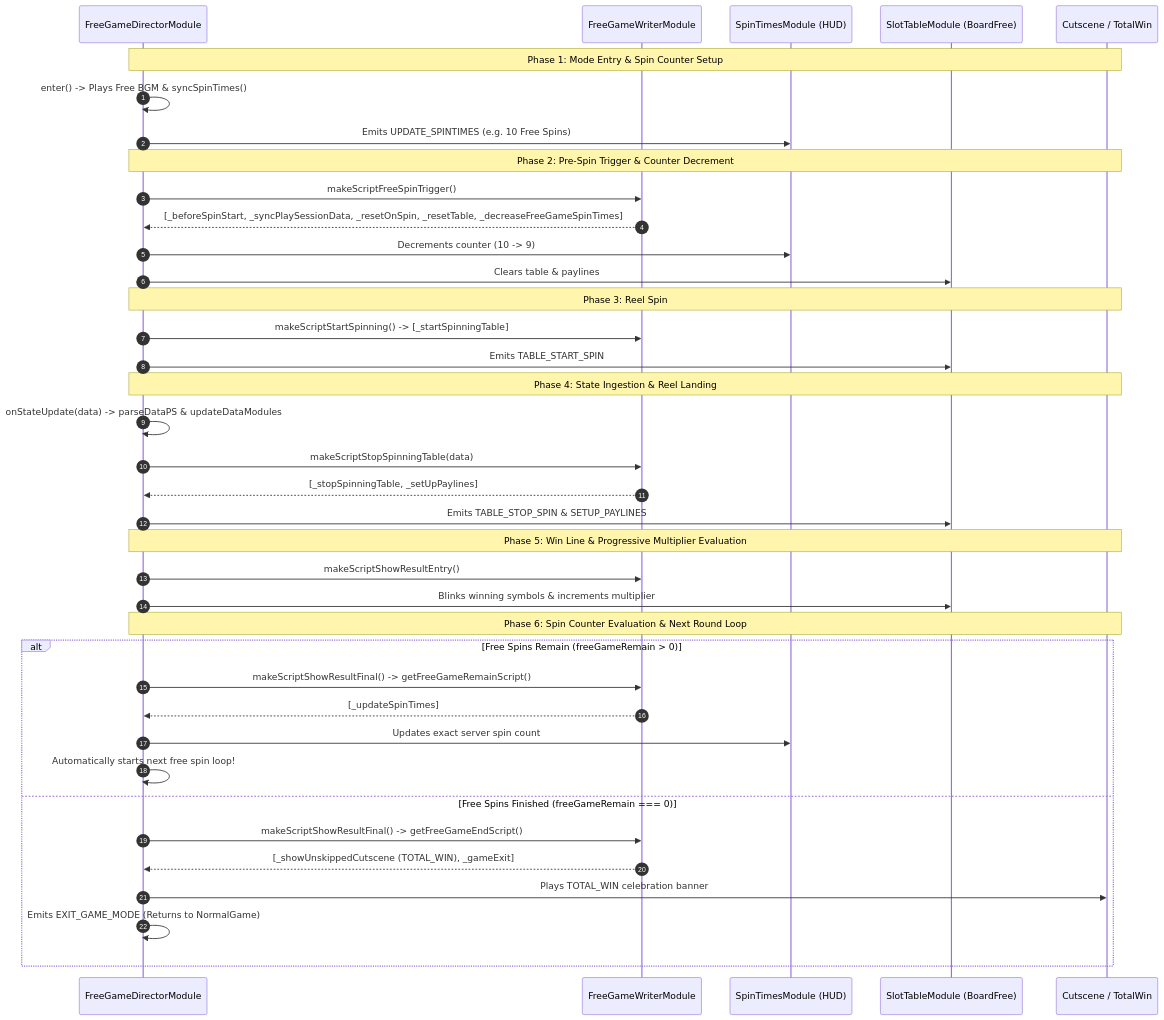
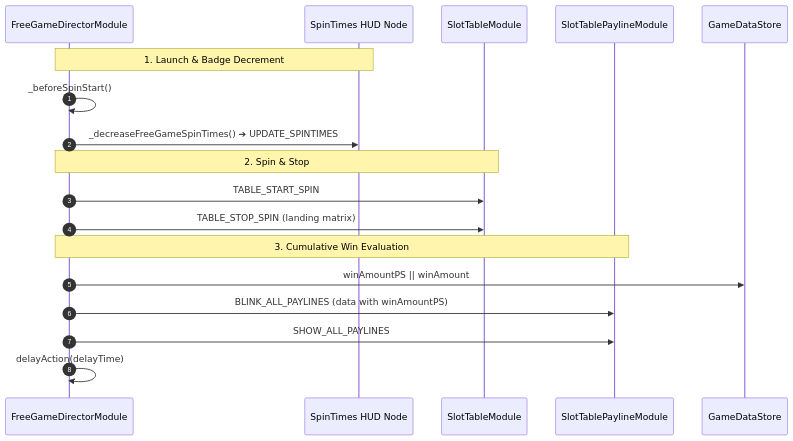
The diagram in docs/cc_slot_module/modules/FreeGameDirectorModule/02_game_flow/01_spin_phase_breakdown.md (lam-ark/mcp-fwcc), drawn with Mermaid before and after one commit. The commit also changed other lines of this file and 31 other files, not shown here.

Commit message:
docs: complete comprehensive specifications for FreeGameDirectorModule across all 9 convention folders

````diff
--- a/docs/cc_slot_module/modules/FreeGameDirectorModule/02_game_flow/01_spin_phase_breakdown.md
+++ b/docs/cc_slot_module/modules/FreeGameDirectorModule/02_game_flow/01_spin_phase_breakdown.md
@@ -14,46 +12,23 @@
 ```mermaid
 sequenceDiagram
     autonumber
     participant Dir as FreeGameDirectorModule
-    participant Writer as FreeGameWriterModule
-    participant HUD as SpinTimesModule (HUD)
-    participant Table as SlotTableModule (BoardFree)
-    participant Cutscenes as Cutscene / TotalWin
+    participant Badge as SpinTimes HUD Node
+    participant Table as SlotTableModule
+    participant Pay as SlotTablePaylineModule
+    participant Store as GameDataStore
 
-    Note over Dir,Cutscenes: Phase 1: Mode Entry & Spin Counter Setup
-    Dir->>Dir: enter() -> Plays Free BGM & syncSpinTimes()
-    Dir->>HUD: Emits UPDATE_SPINTIMES (e.g. 10 Free Spins)
-
-    Note over Dir,Cutscenes: Phase 2: Pre-Spin Trigger & Counter Decrement
-    Dir->>Writer: makeScriptFreeSpinTrigger()
-    Writer-->>Dir: [_beforeSpinStart, _syncPlaySessionData, _resetOnSpin, _resetTable, _decreaseFreeGameSpinTimes]
-    Dir->>HUD: Decrements counter (10 -> 9)
-    Dir->>Table: Clears table & paylines
-
-    Note over Dir,Cutscenes: Phase 3: Reel Spin
-    Dir->>Writer: makeScriptStartSpinning() -> [_startSpinningTable]
-    Dir->>Table: Emits TABLE_START_SPIN
-
-    Note over Dir,Cutscenes: Phase 4: State Ingestion & Reel Landing
-    Dir->>Dir: onStateUpdate(data) -> parseDataPS & updateDataModules
-    Dir->>Writer: makeScriptStopSpinningTable(data)
-    Writer-->>Dir: [_stopSpinningTable, _setUpPaylines]
-    Dir->>Table: Emits TABLE_STOP_SPIN & SETUP_PAYLINES
-
-    Note over Dir,Cutscenes: Phase 5: Win Line & Progressive Multiplier Evaluation
-    Dir->>Writer: makeScriptShowResultEntry()
-    Dir->>Table: Blinks winning symbols & increments multiplier
-
-    Note over Dir,Cutscenes: Phase 6: Spin Counter Evaluation & Next Round Loop
-    alt Free Spins Remain (freeGameRemain > 0)
-        Dir->>Writer: makeScriptShowResultFinal() -> getFreeGameRemainScript()
-        Writer-->>Dir: [_updateSpinTimes]
-        Dir->>HUD: Updates exact server spin count
-        Dir->>Dir: Automatically starts next free spin loop!
-    else Free Spins Finished (freeGameRemain === 0)
-        Dir->>Writer: makeScriptShowResultFinal() -> getFreeGameEndScript()
-        Writer-->>Dir: [_showUnskippedCutscene (TOTAL_WIN), _gameExit]
-        Dir->>Cutscenes: Plays TOTAL_WIN celebration banner
-        Dir->>Dir: Emits EXIT_GAME_MODE (Returns to NormalGame)
-    end
+    Note over Dir,Badge: 1. Launch & Badge Decrement
+    Dir->>Dir: _beforeSpinStart()
+    Dir->>Badge: _decreaseFreeGameSpinTimes() ➔ UPDATE_SPINTIMES
+    
+    Note over Dir,Table: 2. Spin & Stop
+    Dir->>Table: TABLE_START_SPIN
+    Dir->>Table: TABLE_STOP_SPIN (landing matrix)
+    
+    Note over Dir,Pay: 3. Cumulative Win Evaluation
+    Dir->>Store: winAmountPS || winAmount
+    Dir->>Pay: BLINK_ALL_PAYLINES (data with winAmountPS)
+    Dir->>Pay: SHOW_ALL_PAYLINES
+    Dir->>Dir: delayAction(delayTime)
 ```
````
